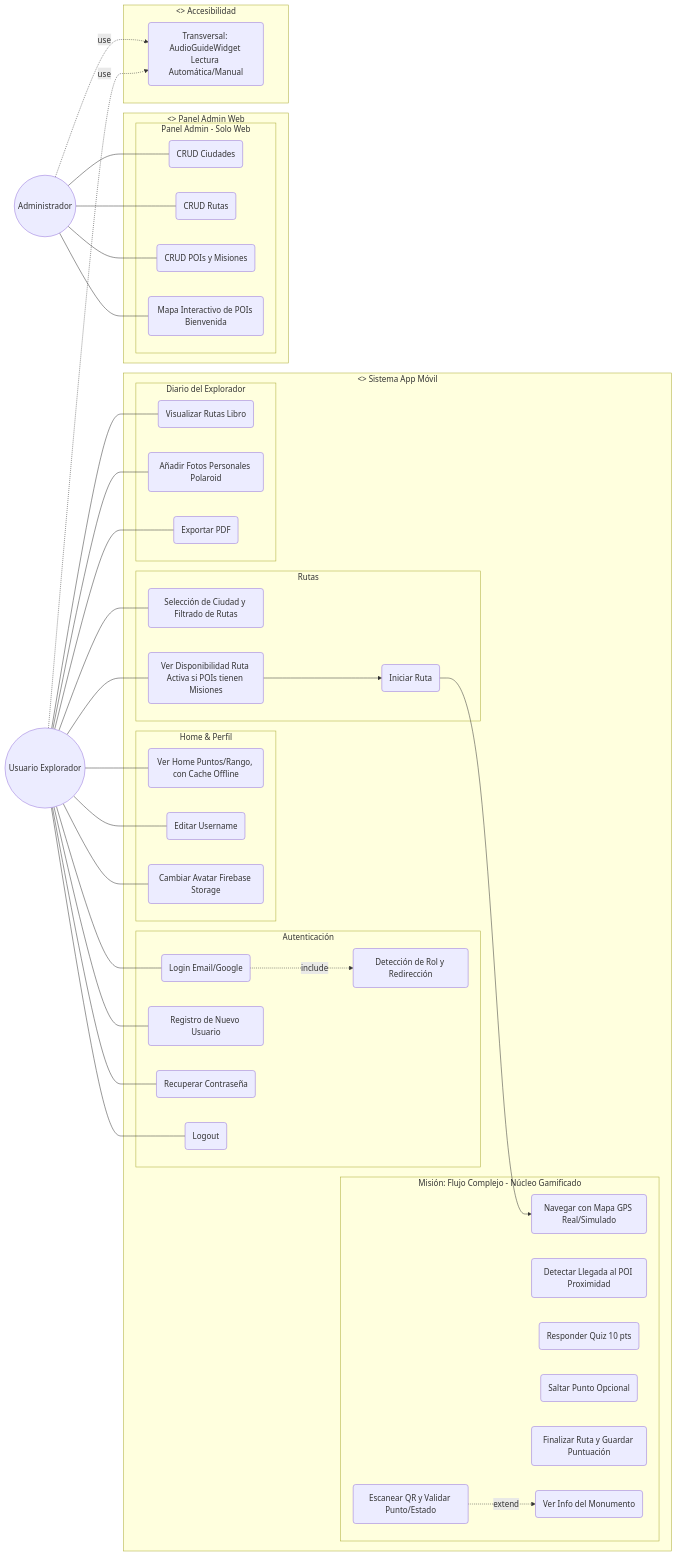
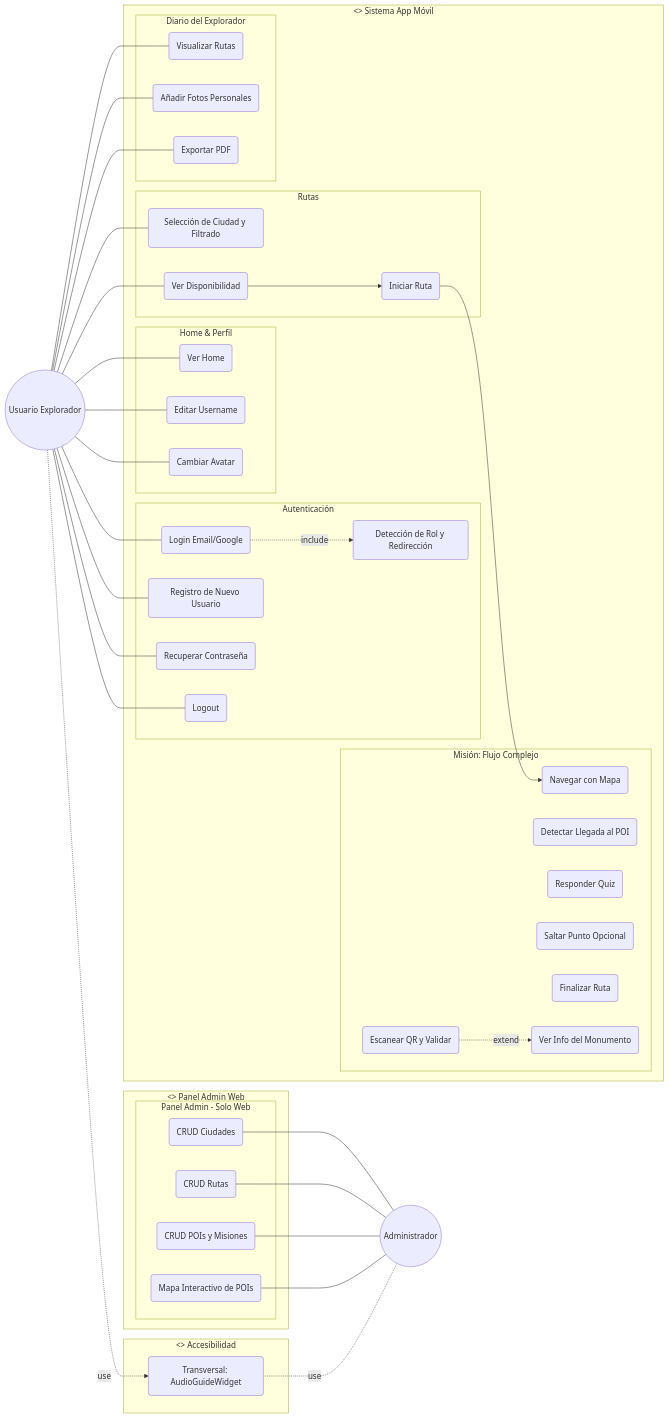
One commit to TurisTechTeam-Dev/rutexgo-assets changed the fifth of 5 diagrams in diagrama.md. Above: the diagram before and after it, drawn with Mermaid.

````diff
--- a/diagrama.md
+++ b/diagrama.md
@@ -222,10 +222,11 @@
 ```mermaid
 graph LR
     %% Actores
-    UsuarioExplorador((Usuario Explorador))
-    Administrador((Administrador))
+    Usuario((Usuario Explorador))
+    Admin((Administrador))
 
-    subgraph SistemaAppMovil ["<<System>> Sistema App Móvil"]
+    %% Sistema Principal
+    subgraph SistemaApp ["<<System>> Sistema App Móvil"]
         
         subgraph Autenticacion ["Autenticación"]
             UC_Login(Login Email/Google)
@@ -238,72 +239,74 @@
         end
 
         subgraph HomePerfil ["Home & Perfil"]
-            UC_VerHome(Ver Home Puntos/Rango, con Cache Offline)
-            UC_EditarUser(Editar Username)
-            UC_CambiarAvatar(Cambiar Avatar Firebase Storage)
+            UC_VerHome(Ver Home)
+            UC_Editar(Editar Username)
+            UC_Avatar(Cambiar Avatar)
         end
 
         subgraph Rutas ["Rutas"]
-            UC_Seleccion(Selección de Ciudad y Filtrado de Rutas)
-            UC_VerDisp(Ver Disponibilidad Ruta Activa si POIs tienen Misiones)
-            UC_IniciarRuta(Iniciar Ruta)
+            UC_Seleccion(Selección de Ciudad y Filtrado)
+            UC_Disp(Ver Disponibilidad)
+            UC_Iniciar(Iniciar Ruta)
             
-            UC_VerDisp --> UC_IniciarRuta
+            UC_Disp --> UC_Iniciar
         end
 
         subgraph Diario ["Diario del Explorador"]
-            UC_Visualizar(Visualizar Rutas Libro)
-            UC_AnadirFotos(Añadir Fotos Personales Polaroid)
-            UC_Exportar(Exportar PDF)
+            UC_Vis(Visualizar Rutas)
+            UC_Fotos(Añadir Fotos Personales)
+            UC_PDF(Exportar PDF)
         end
 
-        subgraph Mision ["Misión: Flujo Complejo - Núcleo Gamificado"]
-            UC_Navegar(Navegar con Mapa GPS Real/Simulado)
-            UC_Detectar(Detectar Llegada al POI Proximidad)
-            UC_Escanear(Escanear QR y Validar Punto/Estado)
-            UC_Quiz(Responder Quiz 10 pts)
+        subgraph Mision ["Misión: Flujo Complejo"]
+            UC_Nav(Navegar con Mapa)
+            UC_Llegada(Detectar Llegada al POI)
+            UC_QR(Escanear QR y Validar)
+            UC_Quiz(Responder Quiz)
             UC_Saltar(Saltar Punto Opcional)
-            UC_Finalizar(Finalizar Ruta y Guardar Puntuación)
-            UC_VerInfo(Ver Info del Monumento)
+            UC_Fin(Finalizar Ruta)
+            UC_Info(Ver Info del Monumento)
 
-            UC_Escanear -.->|extend| UC_VerInfo
+            UC_QR -.->|extend| UC_Info
         end
 
-        UC_IniciarRuta --> UC_Navegar
+        UC_Iniciar --> UC_Nav
     end
 
-    subgraph PanelAdminWeb ["<<System>> Panel Admin Web"]
-        subgraph PanelSoloWeb ["Panel Admin - Solo Web"]
-            UC_CRUDCiudades(CRUD Ciudades)
-            UC_CRUDRutas(CRUD Rutas)
-            UC_CRUDPOIs(CRUD POIs y Misiones)
-            UC_MapaInteractivo(Mapa Interactivo de POIs Bienvenida)
+    %% Panel Admin (Derecha)
+    subgraph PanelWeb ["<<System>> Panel Admin Web"]
+        subgraph PanelSolo ["Panel Admin - Solo Web"]
+            UC_Ciudades(CRUD Ciudades)
+            UC_RutasCRUD(CRUD Rutas)
+            UC_POIs(CRUD POIs y Misiones)
+            UC_MapaInt(Mapa Interactivo de POIs)
         end
     end
 
-    subgraph Accesibilidad ["<<System>> Accesibilidad"]
-        UC_AudioGuide(Transversal: AudioGuideWidget Lectura Automática/Manual)
+    %% Accesibilidad (Abajo/Transversal)
+    subgraph Acc ["<<System>> Accesibilidad"]
+        UC_Audio(Transversal: AudioGuideWidget)
     end
 
-    %% Relaciones Usuario Explorador
-    UsuarioExplorador --- UC_Login
-    UsuarioExplorador --- UC_Registro
-    UsuarioExplorador --- UC_Recuperar
-    UsuarioExplorador --- UC_Logout
-    UsuarioExplorador --- UC_VerHome
-    UsuarioExplorador --- UC_EditarUser
-    UsuarioExplorador --- UC_CambiarAvatar
-    UsuarioExplorador --- UC_Seleccion
-    UsuarioExplorador --- UC_VerDisp
-    UsuarioExplorador --- UC_Visualizar
-    UsuarioExplorador --- UC_AnadirFotos
-    UsuarioExplorador --- UC_Exportar
-    UsuarioExplorador -.->|use| UC_AudioGuide
+    %% Conexiones Usuario (Izquierda)
+    Usuario --- UC_Login
+    Usuario --- UC_Registro
+    Usuario --- UC_Recuperar
+    Usuario --- UC_Logout
+    Usuario --- UC_VerHome
+    Usuario --- UC_Editar
+    Usuario --- UC_Avatar
+    Usuario --- UC_Seleccion
+    Usuario --- UC_Disp
+    Usuario --- UC_Vis
+    Usuario --- UC_Fotos
+    Usuario --- UC_PDF
+    Usuario -.->|use| UC_Audio
 
-    %% Relaciones Administrador
-    Administrador --- UC_CRUDCiudades
-    Administrador --- UC_CRUDRutas
-    Administrador --- UC_CRUDPOIs
-    Administrador --- UC_MapaInteractivo
-    Administrador -.->|use| UC_AudioGuide
+    %% Conexiones Admin (Derecha)
+    UC_Ciudades --- Admin
+    UC_RutasCRUD --- Admin
+    UC_POIs --- Admin
+    UC_MapaInt --- Admin
+    UC_Audio <-.-|use| Admin
 ```
````
